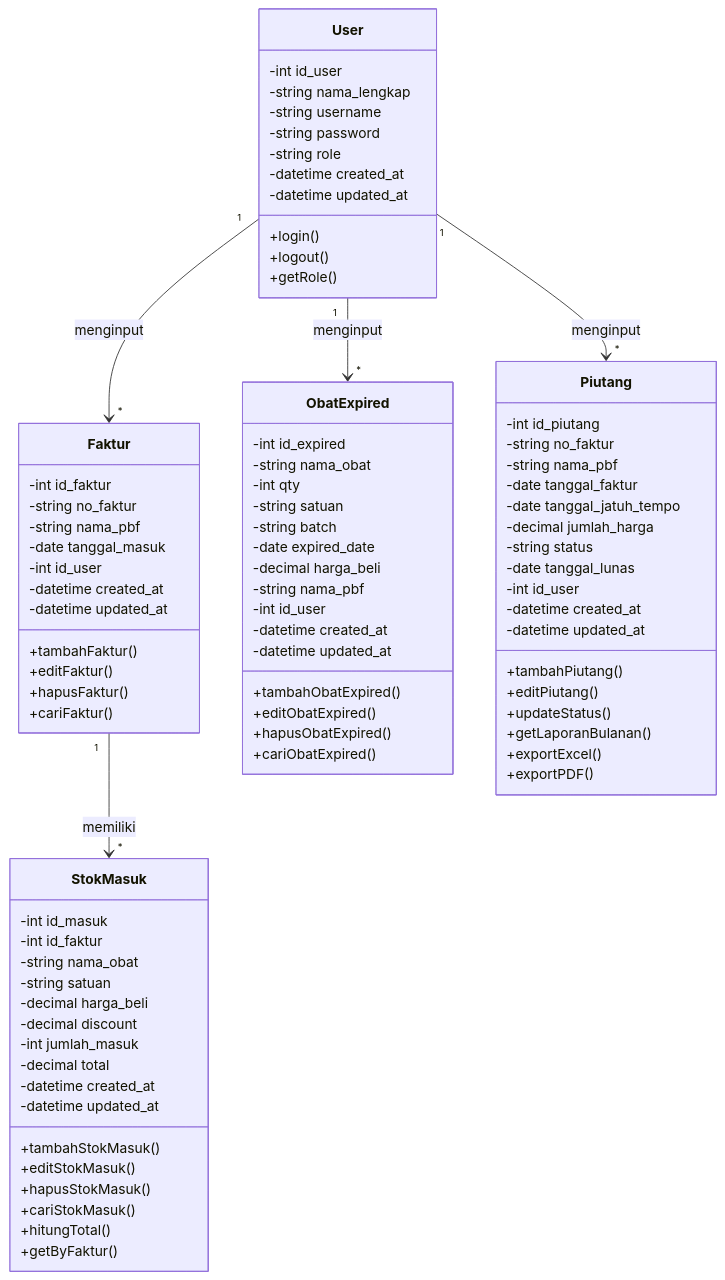
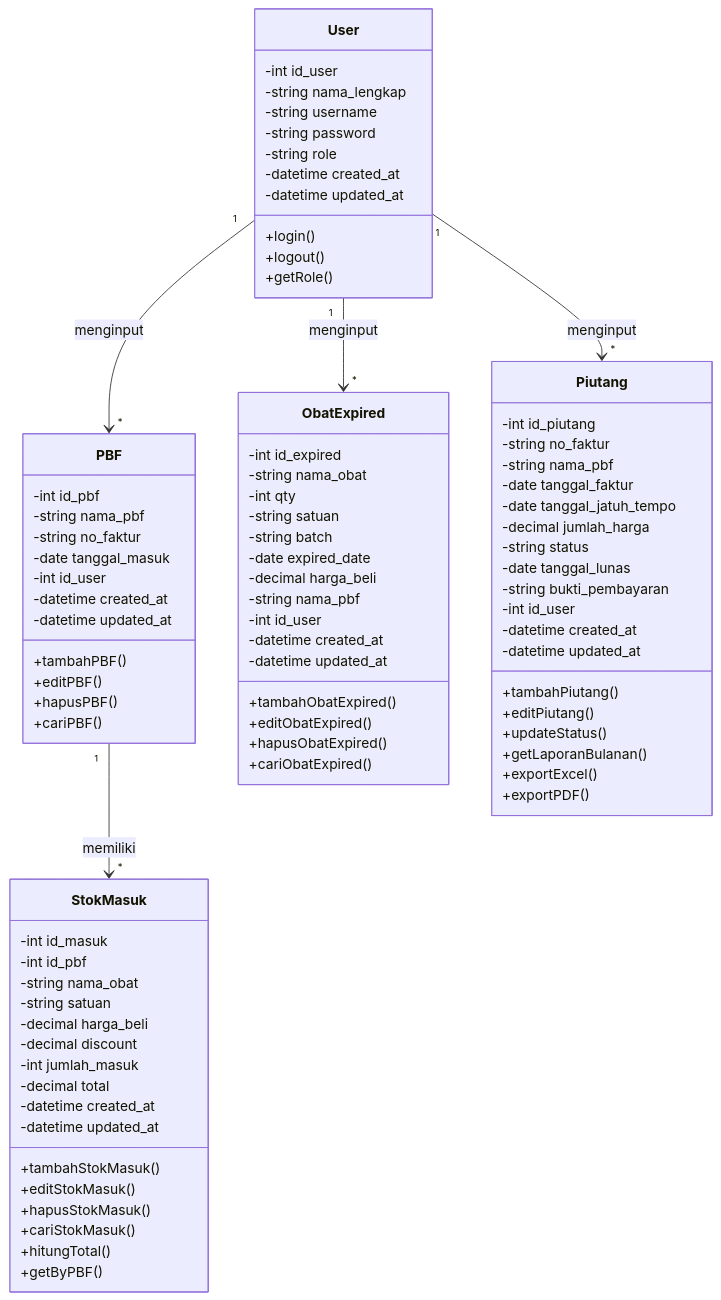
The second of 2 diagrams in PRD_Apotek_Ananda_Jadimulya_Revisi.md (MohammadRaihanAkbar/PRD-project-perangkat-lunak-web-apotek-ananda-jadimulya), drawn with Mermaid before and after one commit. The commit also changed other lines of this file, not shown here.

````diff
--- a/PRD_Apotek_Ananda_Jadimulya_Revisi.md
+++ b/PRD_Apotek_Ananda_Jadimulya_Revisi.md
@@ -971,23 +1060,23 @@
         +getRole()
     }
 
-    class Faktur {
-        -int id_faktur
+    class PBF {
+        -int id_pbf
+        -string nama_pbf
         -string no_faktur
-        -string nama_pbf
         -date tanggal_masuk
         -int id_user
         -datetime created_at
         -datetime updated_at
-        +tambahFaktur()
-        +editFaktur()
-        +hapusFaktur()
-        +cariFaktur()
+        +tambahPBF()
+        +editPBF()
+        +hapusPBF()
+        +cariPBF()
     }
 
     class StokMasuk {
         -int id_masuk
-        -int id_faktur
+        -int id_pbf
         -string nama_obat
         -string satuan
         -decimal harga_beli
@@ -1001,7 +1090,7 @@
         +hapusStokMasuk()
         +cariStokMasuk()
         +hitungTotal()
-        +getByFaktur()
+        +getByPBF()
     }
 
     class ObatExpired {
@@ -1031,6 +1120,7 @@
         -decimal jumlah_harga
         -string status
         -date tanggal_lunas
+        -string bukti_pembayaran
         -int id_user
         -datetime created_at
         -datetime updated_at
@@ -1042,8 +1132,8 @@
         +exportPDF()
     }
 
-    User "1" --> "*" Faktur : menginput
+    User "1" --> "*" PBF : menginput
     User "1" --> "*" ObatExpired : menginput
     User "1" --> "*" Piutang : menginput
-    Faktur "1" --> "*" StokMasuk : memiliki
+    PBF "1" --> "*" StokMasuk : memiliki
 ```
````
